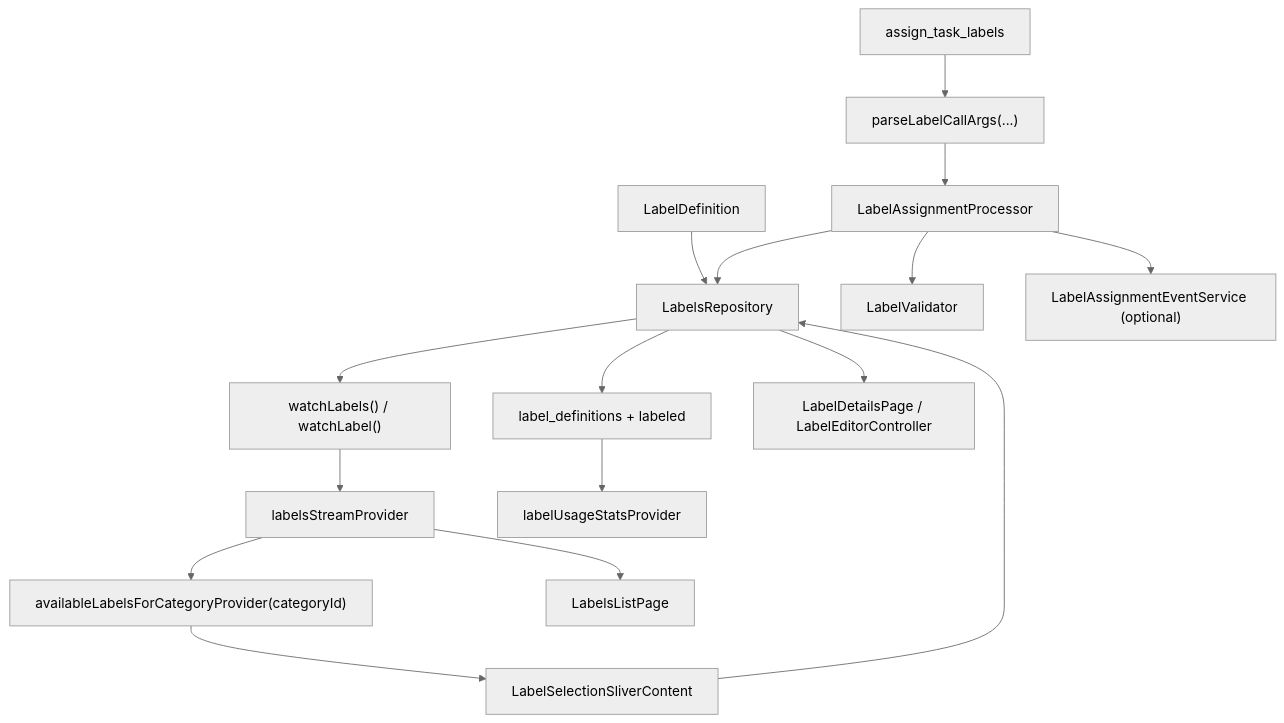
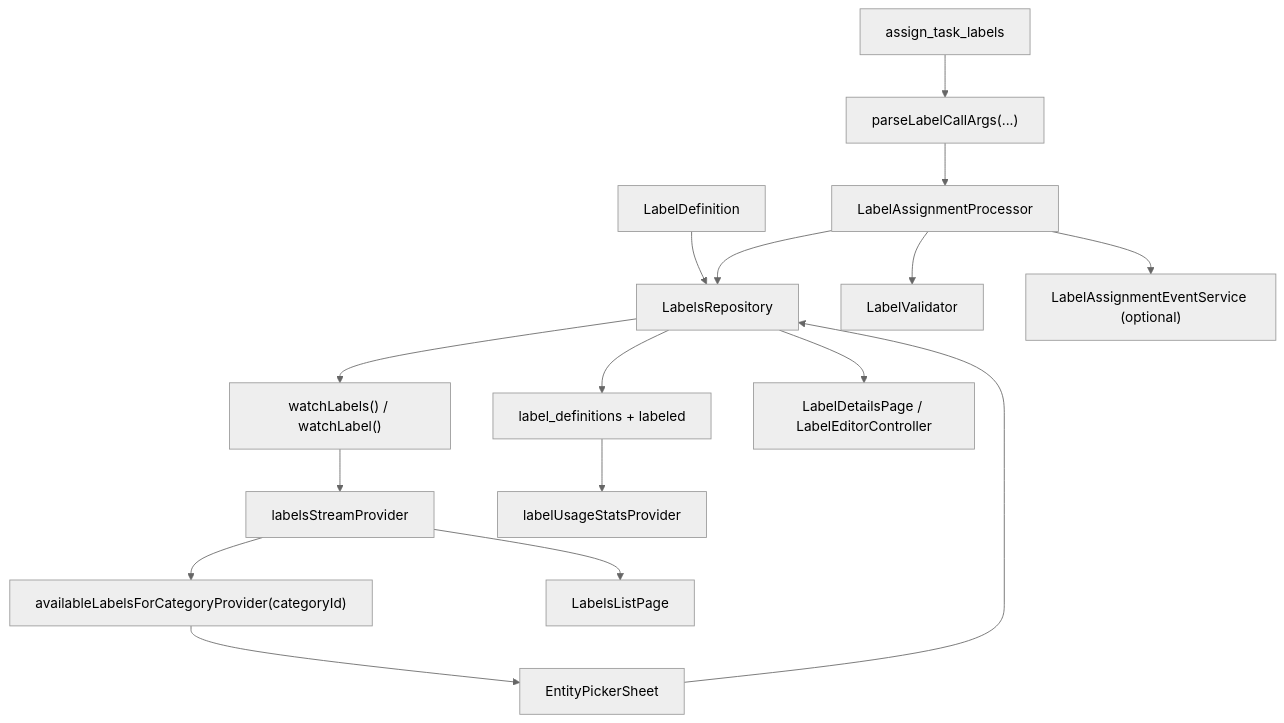
Before and after one commit to matthiasn/lotti: the first of 3 diagrams in lib/features/labels/README.md, drawn with Mermaid (neutral theme). The commit also changed other lines of this file and 7 other files, not shown here.

First line of the commit message:
refactor: migrate the task label picker onto the generic EntityPickerSheet

````diff
--- a/lib/features/labels/README.md
+++ b/lib/features/labels/README.md
@@ -63,21 +63,21 @@
 ```mermaid
 flowchart TD
   Def["LabelDefinition"] --> Repo["LabelsRepository"]
   Repo --> Db["label_definitions + labeled"]
   Repo --> Stream["watchLabels() / watchLabel()"]
 
   Stream --> Visible["labelsStreamProvider"]
   Visible --> Scoped["availableLabelsForCategoryProvider(categoryId)"]
   Db --> Usage["labelUsageStatsProvider"]
 
   Visible --> Settings["LabelsListPage"]
   Repo --> Editor["LabelDetailsPage / LabelEditorController"]
-  Scoped --> Picker["LabelSelectionSliverContent"]
+  Scoped --> Picker["EntityPickerSheet"]
   Picker --> Repo
 
   AI["assign_task_labels"] --> Parse["parseLabelCallArgs(...)"]
   Parse --> Processor["LabelAssignmentProcessor"]
   Processor --> Validator["LabelValidator"]
   Processor --> Repo
   Processor --> Event["LabelAssignmentEventService (optional)"]
 ```
````
